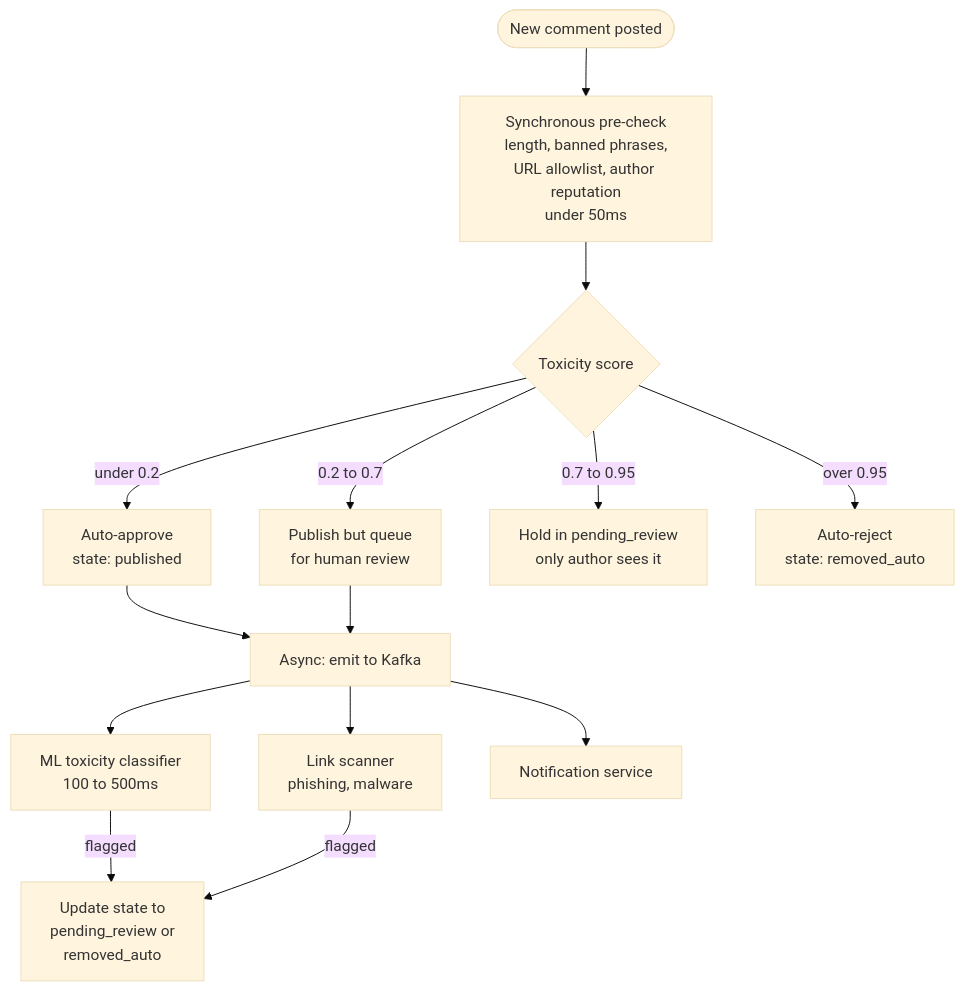
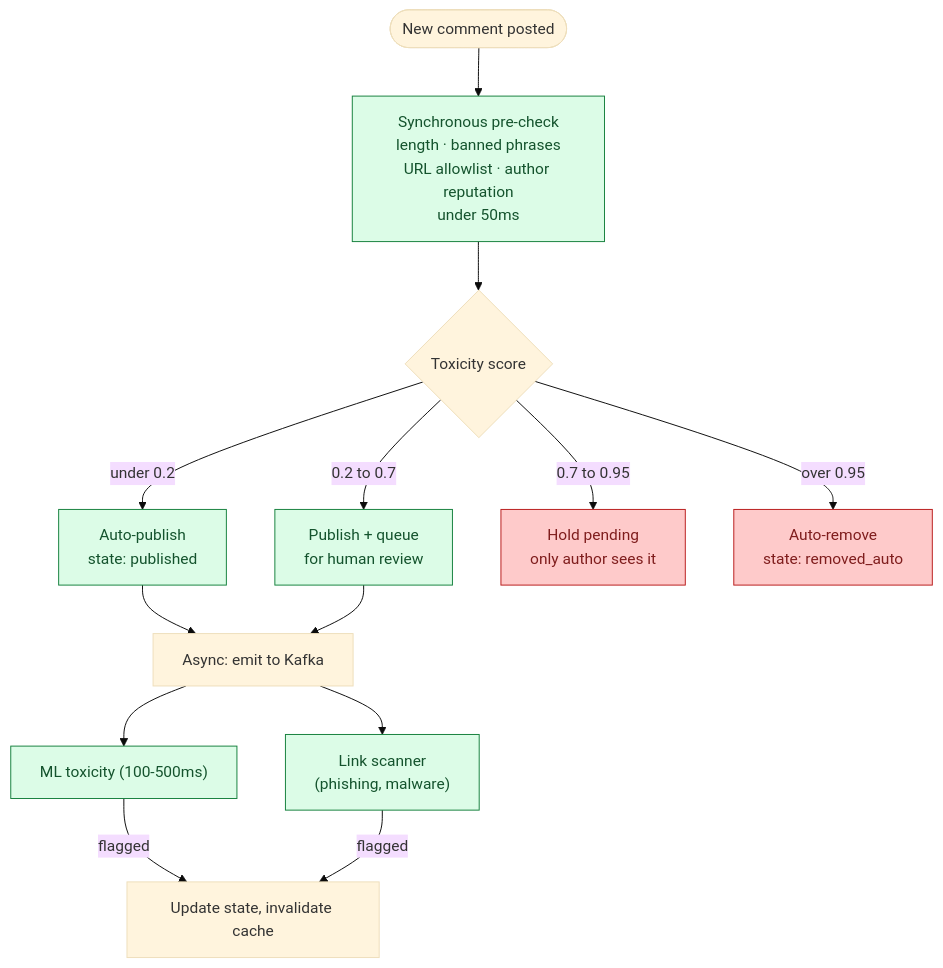
One commit to shiningflash/system-design changed diagram 11 of 11 in problems/015-comment-system/question.md. Above: the diagram before and after it, drawn with Mermaid (base theme). The commit also changed other lines of this file and 38 other files, not shown here.

````diff
--- a/problems/015-comment-system/question.md
+++ b/problems/015-comment-system/question.md
@@ -412,16 +524,19 @@
 ```mermaid
 flowchart TD
-    Start([New comment posted]) --> PreCheck[Synchronous pre-check<br/>length, banned phrases,<br/>URL allowlist, author reputation<br/>under 50ms]
-    PreCheck --> Score{Toxicity score}
-    Score -->|under 0.2| Auto[Auto-approve<br/>state: published]
-    Score -->|0.2 to 0.7| Queue[Publish but queue<br/>for human review]
-    Score -->|0.7 to 0.95| Shadow[Hold in pending_review<br/>only author sees it]
-    Score -->|over 0.95| Reject[Auto-reject<br/>state: removed_auto]
-    Auto --> Async[Async: emit to Kafka]
-    Queue --> Async
-    Async --> ML[ML toxicity classifier<br/>100 to 500ms]
-    Async --> Link[Link scanner<br/>phishing, malware]
-    Async --> Notify[Notification service]
-    ML -->|flagged| Update[Update state to<br/>pending_review or<br/>removed_auto]
-    Link -->|flagged| Update
+    Start([New comment posted]) --> Pre["Synchronous pre-check<br/>length · banned phrases<br/>URL allowlist · author reputation<br/>under 50ms"]:::app
+    Pre --> Score{Toxicity score}
+    Score -->|under 0.2| Pub["Auto-publish<br/>state: published"]:::ok
+    Score -->|0.2 to 0.7| PubQ["Publish + queue<br/>for human review"]:::ok
+    Score -->|0.7 to 0.95| Hold["Hold pending<br/>only author sees it"]:::bad
+    Score -->|over 0.95| Reject["Auto-remove<br/>state: removed_auto"]:::bad
+    Pub --> Async["Async: emit to Kafka"]
+    PubQ --> Async
+    Async --> ML["ML toxicity (100-500ms)"]:::app
+    Async --> Link["Link scanner<br/>(phishing, malware)"]:::app
+    ML -->|flagged| Up["Update state, invalidate cache"]
+    Link -->|flagged| Up
+
+    classDef app fill:#dcfce7,stroke:#15803d,color:#14532d
+    classDef ok fill:#dcfce7,stroke:#15803d,color:#14532d
+    classDef bad fill:#fecaca,stroke:#b91c1c,color:#7f1d1d
 ```
````
